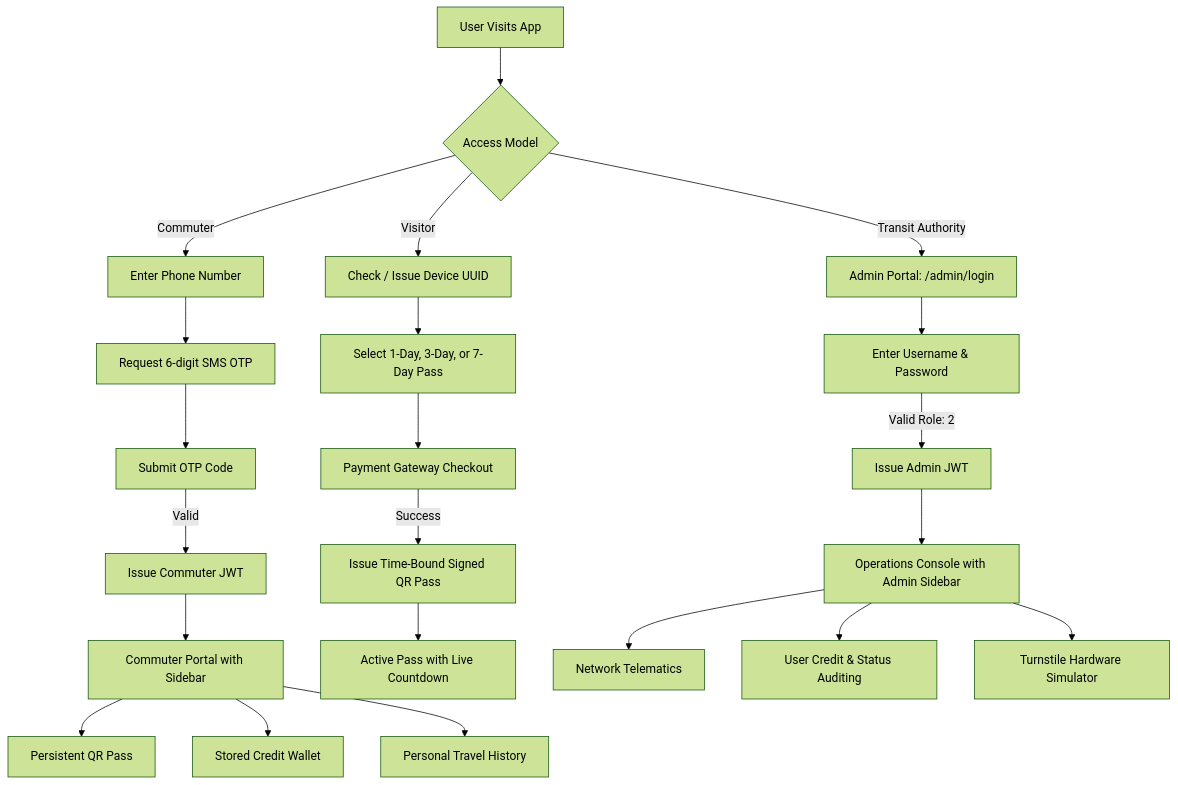
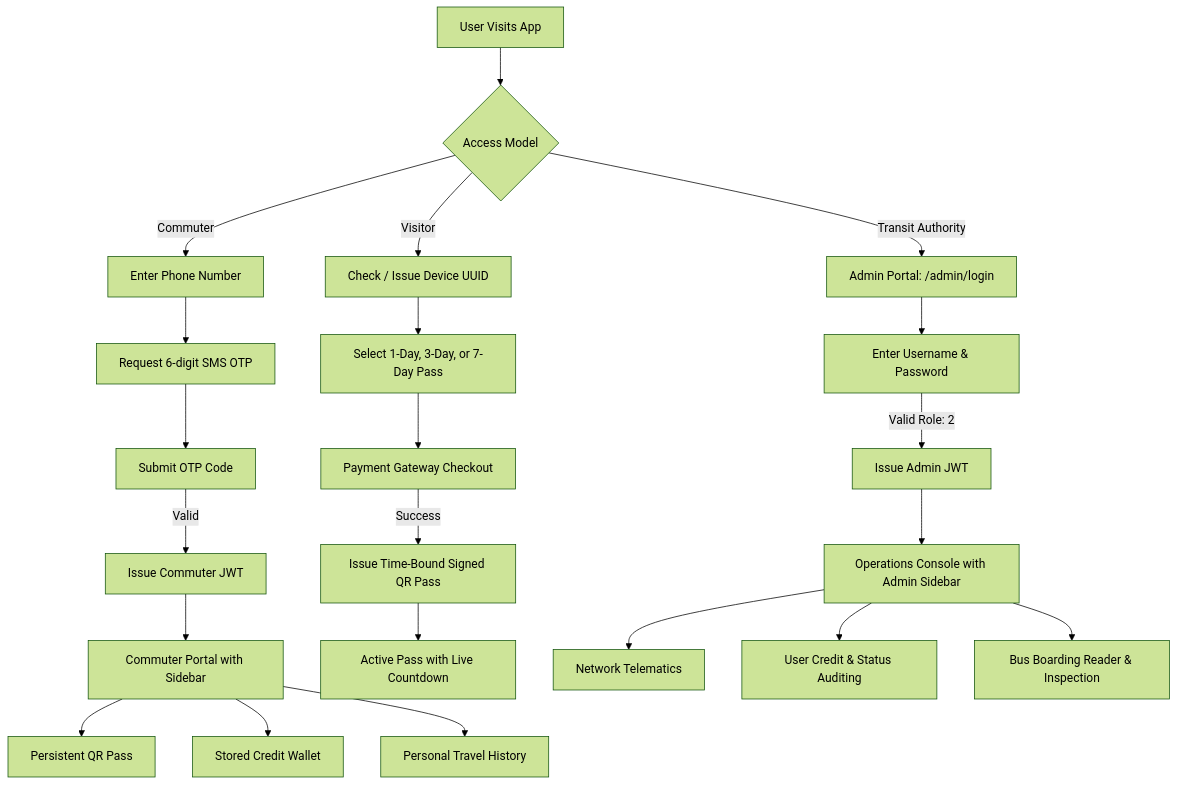
The diagram in GEMINI.md (IT21161056/public-transport-ticketing-system), drawn with Mermaid (forest theme) before and after one commit. The commit also changed other lines of this file and 11 other files, not shown here.

````diff
--- a/GEMINI.md
+++ b/GEMINI.md
@@ -137,30 +140,30 @@
 ```mermaid
 flowchart TD
     Start[User Visits App] --> Choice{Access Model}
     
     %% Commuter Flow
     Choice -->|Commuter| CommuterAuth[Enter Phone Number]
     CommuterAuth --> OTPReq[Request 6-digit SMS OTP]
     OTPReq --> OTPVer[Submit OTP Code]
     OTPVer -->|Valid| CommuterJWT[Issue Commuter JWT]
     CommuterJWT --> CommuterPortal[Commuter Portal with Sidebar]
     CommuterPortal --> LocalPass[Persistent QR Pass]
     CommuterPortal --> Wallet[Stored Credit Wallet]
     CommuterPortal --> TripLog[Personal Travel History]
 
     %% Visitor Flow
     Choice -->|Visitor| GuestSession[Check / Issue Device UUID]
     GuestSession --> GuestTier[Select 1-Day, 3-Day, or 7-Day Pass]
     GuestTier --> GuestPay[Payment Gateway Checkout]
     GuestPay -->|Success| GuestPass[Issue Time-Bound Signed QR Pass]
     GuestPass --> GuestScreen[Active Pass with Live Countdown]
 
     %% Admin Flow
     Choice -->|Transit Authority| AdminLogin[Admin Portal: /admin/login]
     AdminLogin --> AdminCreds[Enter Username & Password]
     AdminCreds -->|Valid Role: 2| AdminJWT[Issue Admin JWT]
     AdminJWT --> AdminConsole[Operations Console with Admin Sidebar]
     AdminConsole --> Metrics[Network Telematics]
     AdminConsole --> UserAudit[User Credit & Status Auditing]
-    AdminConsole --> SimGate[Turnstile Hardware Simulator]
+    AdminConsole --> SimGate[Bus Boarding Reader & Inspection]
 ```
````
